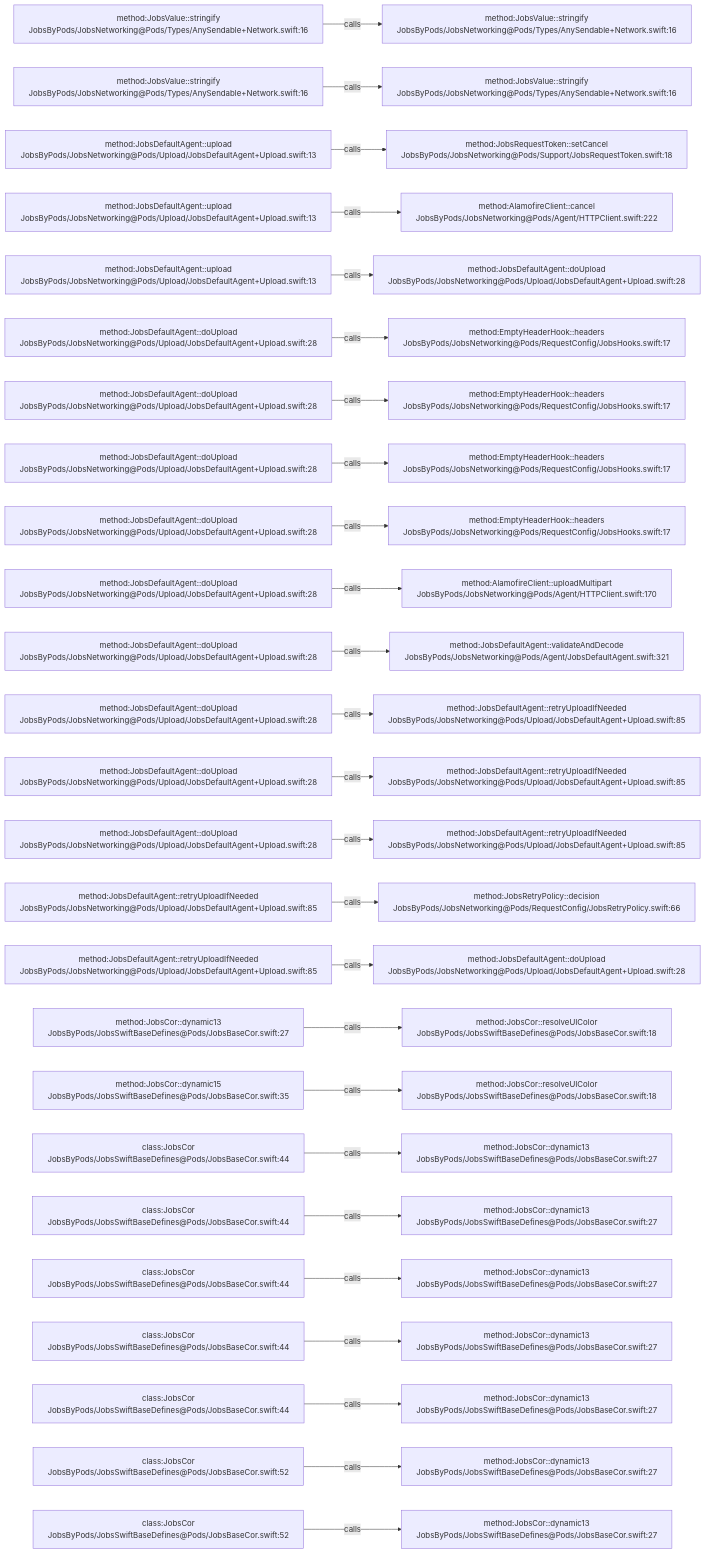
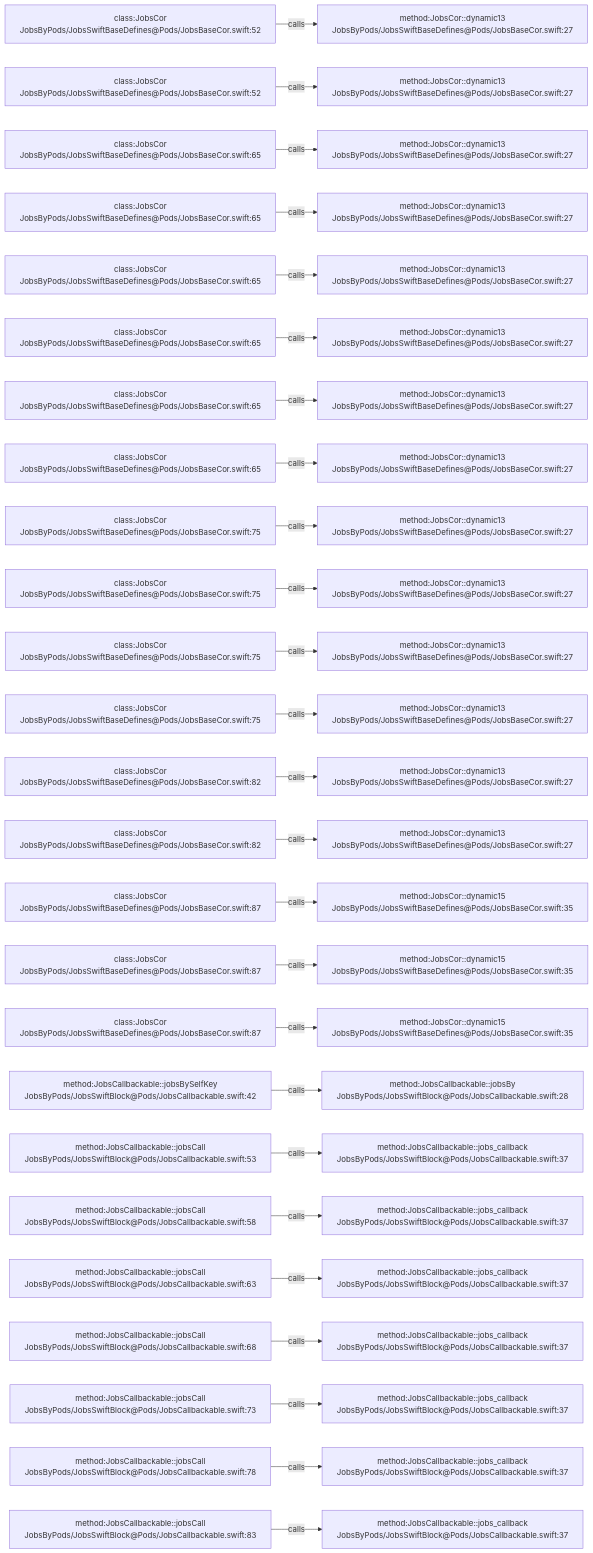
The diagram in .codegraph/codegraph.md/graphs/calls-012.md (JobsKits/JobsSwiftBaseConfigDemo), drawn with Mermaid before and after one commit. The commit also changed 2959 other files, not shown here.

````diff
--- a/.codegraph/codegraph.md/graphs/calls-012.md
+++ b/.codegraph/codegraph.md/graphs/calls-012.md
@@ -13,78 +13,78 @@
 ```mermaid
 flowchart LR
-  S1["method:JobsValue::stringify<br/>JobsByPods/JobsNetworking@Pods/Types/AnySendable+Network.swift:16"]
-  T1["method:JobsValue::stringify<br/>JobsByPods/JobsNetworking@Pods/Types/AnySendable+Network.swift:16"]
+  S1["class:JobsCor<br/>JobsByPods/JobsSwiftBaseDefines@Pods/JobsBaseCor.swift:52"]
+  T1["method:JobsCor::dynamic13<br/>JobsByPods/JobsSwiftBaseDefines@Pods/JobsBaseCor.swift:27"]
   S1 -->|calls| T1
-  S2["method:JobsValue::stringify<br/>JobsByPods/JobsNetworking@Pods/Types/AnySendable+Network.swift:16"]
-  T2["method:JobsValue::stringify<br/>JobsByPods/JobsNetworking@Pods/Types/AnySendable+Network.swift:16"]
+  S2["class:JobsCor<br/>JobsByPods/JobsSwiftBaseDefines@Pods/JobsBaseCor.swift:52"]
+  T2["method:JobsCor::dynamic13<br/>JobsByPods/JobsSwiftBaseDefines@Pods/JobsBaseCor.swift:27"]
   S2 -->|calls| T2
-  S3["method:JobsDefaultAgent::upload<br/>JobsByPods/JobsNetworking@Pods/Upload/JobsDefaultAgent+Upload.swift:13"]
-  T3["method:JobsRequestToken::setCancel<br/>JobsByPods/JobsNetworking@Pods/Support/JobsRequestToken.swift:18"]
+  S3["class:JobsCor<br/>JobsByPods/JobsSwiftBaseDefines@Pods/JobsBaseCor.swift:65"]
+  T3["method:JobsCor::dynamic13<br/>JobsByPods/JobsSwiftBaseDefines@Pods/JobsBaseCor.swift:27"]
   S3 -->|calls| T3
-  S4["method:JobsDefaultAgent::upload<br/>JobsByPods/JobsNetworking@Pods/Upload/JobsDefaultAgent+Upload.swift:13"]
-  T4["method:AlamofireClient::cancel<br/>JobsByPods/JobsNetworking@Pods/Agent/HTTPClient.swift:222"]
+  S4["class:JobsCor<br/>JobsByPods/JobsSwiftBaseDefines@Pods/JobsBaseCor.swift:65"]
+  T4["method:JobsCor::dynamic13<br/>JobsByPods/JobsSwiftBaseDefines@Pods/JobsBaseCor.swift:27"]
   S4 -->|calls| T4
-  S5["method:JobsDefaultAgent::upload<br/>JobsByPods/JobsNetworking@Pods/Upload/JobsDefaultAgent+Upload.swift:13"]
-  T5["method:JobsDefaultAgent::doUpload<br/>JobsByPods/JobsNetworking@Pods/Upload/JobsDefaultAgent+Upload.swift:28"]
+  S5["class:JobsCor<br/>JobsByPods/JobsSwiftBaseDefines@Pods/JobsBaseCor.swift:65"]
+  T5["method:JobsCor::dynamic13<br/>JobsByPods/JobsSwiftBaseDefines@Pods/JobsBaseCor.swift:27"]
   S5 -->|calls| T5
-  S6["method:JobsDefaultAgent::doUpload<br/>JobsByPods/JobsNetworking@Pods/Upload/JobsDefaultAgent+Upload.swift:28"]
-  T6["method:EmptyHeaderHook::headers<br/>JobsByPods/JobsNetworking@Pods/RequestConfig/JobsHooks.swift:17"]
+  S6["class:JobsCor<br/>JobsByPods/JobsSwiftBaseDefines@Pods/JobsBaseCor.swift:65"]
+  T6["method:JobsCor::dynamic13<br/>JobsByPods/JobsSwiftBaseDefines@Pods/JobsBaseCor.swift:27"]
   S6 -->|calls| T6
-  S7["method:JobsDefaultAgent::doUpload<br/>JobsByPods/JobsNetworking@Pods/Upload/JobsDefaultAgent+Upload.swift:28"]
-  T7["method:EmptyHeaderHook::headers<br/>JobsByPods/JobsNetworking@Pods/RequestConfig/JobsHooks.swift:17"]
+  S7["class:JobsCor<br/>JobsByPods/JobsSwiftBaseDefines@Pods/JobsBaseCor.swift:65"]
+  T7["method:JobsCor::dynamic13<br/>JobsByPods/JobsSwiftBaseDefines@Pods/JobsBaseCor.swift:27"]
   S7 -->|calls| T7
-  S8["method:JobsDefaultAgent::doUpload<br/>JobsByPods/JobsNetworking@Pods/Upload/JobsDefaultAgent+Upload.swift:28"]
-  T8["method:EmptyHeaderHook::headers<br/>JobsByPods/JobsNetworking@Pods/RequestConfig/JobsHooks.swift:17"]
+  S8["class:JobsCor<br/>JobsByPods/JobsSwiftBaseDefines@Pods/JobsBaseCor.swift:65"]
+  T8["method:JobsCor::dynamic13<br/>JobsByPods/JobsSwiftBaseDefines@Pods/JobsBaseCor.swift:27"]
   S8 -->|calls| T8
-  S9["method:JobsDefaultAgent::doUpload<br/>JobsByPods/JobsNetworking@Pods/Upload/JobsDefaultAgent+Upload.swift:28"]
-  T9["method:EmptyHeaderHook::headers<br/>JobsByPods/JobsNetworking@Pods/RequestConfig/JobsHooks.swift:17"]
+  S9["class:JobsCor<br/>JobsByPods/JobsSwiftBaseDefines@Pods/JobsBaseCor.swift:75"]
+  T9["method:JobsCor::dynamic13<br/>JobsByPods/JobsSwiftBaseDefines@Pods/JobsBaseCor.swift:27"]
   S9 -->|calls| T9
-  S10["method:JobsDefaultAgent::doUpload<br/>JobsByPods/JobsNetworking@Pods/Upload/JobsDefaultAgent+Upload.swift:28"]
-  T10["method:AlamofireClient::uploadMultipart<br/>JobsByPods/JobsNetworking@Pods/Agent/HTTPClient.swift:170"]
+  S10["class:JobsCor<br/>JobsByPods/JobsSwiftBaseDefines@Pods/JobsBaseCor.swift:75"]
+  T10["method:JobsCor::dynamic13<br/>JobsByPods/JobsSwiftBaseDefines@Pods/JobsBaseCor.swift:27"]
   S10 -->|calls| T10
-  S11["method:JobsDefaultAgent::doUpload<br/>JobsByPods/JobsNetworking@Pods/Upload/JobsDefaultAgent+Upload.swift:28"]
-  T11["method:JobsDefaultAgent::validateAndDecode<br/>JobsByPods/JobsNetworking@Pods/Agent/JobsDefaultAgent.swift:321"]
+  S11["class:JobsCor<br/>JobsByPods/JobsSwiftBaseDefines@Pods/JobsBaseCor.swift:75"]
+  T11["method:JobsCor::dynamic13<br/>JobsByPods/JobsSwiftBaseDefines@Pods/JobsBaseCor.swift:27"]
   S11 -->|calls| T11
-  S12["method:JobsDefaultAgent::doUpload<br/>JobsByPods/JobsNetworking@Pods/Upload/JobsDefaultAgent+Upload.swift:28"]
-  T12["method:JobsDefaultAgent::retryUploadIfNeeded<br/>JobsByPods/JobsNetworking@Pods/Upload/JobsDefaultAgent+Upload.swift:85"]
+  S12["class:JobsCor<br/>JobsByPods/JobsSwiftBaseDefines@Pods/JobsBaseCor.swift:75"]
+  T12["method:JobsCor::dynamic13<br/>JobsByPods/JobsSwiftBaseDefines@Pods/JobsBaseCor.swift:27"]
   S12 -->|calls| T12
-  S13["method:JobsDefaultAgent::doUpload<br/>JobsByPods/JobsNetworking@Pods/Upload/JobsDefaultAgent+Upload.swift:28"]
-  T13["method:JobsDefaultAgent::retryUploadIfNeeded<br/>JobsByPods/JobsNetworking@Pods/Upload/JobsDefaultAgent+Upload.swift:85"]
+  S13["class:JobsCor<br/>JobsByPods/JobsSwiftBaseDefines@Pods/JobsBaseCor.swift:82"]
+  T13["method:JobsCor::dynamic13<br/>JobsByPods/JobsSwiftBaseDefines@Pods/JobsBaseCor.swift:27"]
   S13 -->|calls| T13
-  S14["method:JobsDefaultAgent::doUpload<br/>JobsByPods/JobsNetworking@Pods/Upload/JobsDefaultAgent+Upload.swift:28"]
-  T14["method:JobsDefaultAgent::retryUploadIfNeeded<br/>JobsByPods/JobsNetworking@Pods/Upload/JobsDefaultAgent+Upload.swift:85"]
+  S14["class:JobsCor<br/>JobsByPods/JobsSwiftBaseDefines@Pods/JobsBaseCor.swift:82"]
+  T14["method:JobsCor::dynamic13<br/>JobsByPods/JobsSwiftBaseDefines@Pods/JobsBaseCor.swift:27"]
   S14 -->|calls| T14
-  S15["method:JobsDefaultAgent::retryUploadIfNeeded<br/>JobsByPods/JobsNetworking@Pods/Upload/JobsDefaultAgent+Upload.swift:85"]
-  T15["method:JobsRetryPolicy::decision<br/>JobsByPods/JobsNetworking@Pods/RequestConfig/JobsRetryPolicy.swift:66"]
+  S15["class:JobsCor<br/>JobsByPods/JobsSwiftBaseDefines@Pods/JobsBaseCor.swift:87"]
+  T15["method:JobsCor::dynamic15<br/>JobsByPods/JobsSwiftBaseDefines@Pods/JobsBaseCor.swift:35"]
   S15 -->|calls| T15
-  S16["method:JobsDefaultAgent::retryUploadIfNeeded<br/>JobsByPods/JobsNetworking@Pods/Upload/JobsDefaultAgent+Upload.swift:85"]
-  T16["method:JobsDefaultAgent::doUpload<br/>JobsByPods/JobsNetworking@Pods/Upload/JobsDefaultAgent+Upload.swift:28"]
+  S16["class:JobsCor<br/>JobsByPods/JobsSwiftBaseDefines@Pods/JobsBaseCor.swift:87"]
+  T16["method:JobsCor::dynamic15<br/>JobsByPods/JobsSwiftBaseDefines@Pods/JobsBaseCor.swift:35"]
   S16 -->|calls| T16
-  S17["method:JobsCor::dynamic13<br/>JobsByPods/JobsSwiftBaseDefines@Pods/JobsBaseCor.swift:27"]
-  T17["method:JobsCor::resolveUIColor<br/>JobsByPods/JobsSwiftBaseDefines@Pods/JobsBaseCor.swift:18"]
+  S17["class:JobsCor<br/>JobsByPods/JobsSwiftBaseDefines@Pods/JobsBaseCor.swift:87"]
+  T17["method:JobsCor::dynamic15<br/>JobsByPods/JobsSwiftBaseDefines@Pods/JobsBaseCor.swift:35"]
   S17 -->|calls| T17
-  S18["method:JobsCor::dynamic15<br/>JobsByPods/JobsSwiftBaseDefines@Pods/JobsBaseCor.swift:35"]
-  T18["method:JobsCor::resolveUIColor<br/>JobsByPods/JobsSwiftBaseDefines@Pods/JobsBaseCor.swift:18"]
+  S18["method:JobsCallbackable::jobsBySelfKey<br/>JobsByPods/JobsSwiftBlock@Pods/JobsCallbackable.swift:42"]
+  T18["method:JobsCallbackable::jobsBy<br/>JobsByPods/JobsSwiftBlock@Pods/JobsCallbackable.swift:28"]
   S18 -->|calls| T18
-  S19["class:JobsCor<br/>JobsByPods/JobsSwiftBaseDefines@Pods/JobsBaseCor.swift:44"]
-  T19["method:JobsCor::dynamic13<br/>JobsByPods/JobsSwiftBaseDefines@Pods/JobsBaseCor.swift:27"]
+  S19["method:JobsCallbackable::jobsCall<br/>JobsByPods/JobsSwiftBlock@Pods/JobsCallbackable.swift:53"]
+  T19["method:JobsCallbackable::jobs_callback<br/>JobsByPods/JobsSwiftBlock@Pods/JobsCallbackable.swift:37"]
   S19 -->|calls| T19
-  S20["class:JobsCor<br/>JobsByPods/JobsSwiftBaseDefines@Pods/JobsBaseCor.swift:44"]
-  T20["method:JobsCor::dynamic13<br/>JobsByPods/JobsSwiftBaseDefines@Pods/JobsBaseCor.swift:27"]
+  S20["method:JobsCallbackable::jobsCall<br/>JobsByPods/JobsSwiftBlock@Pods/JobsCallbackable.swift:58"]
+  T20["method:JobsCallbackable::jobs_callback<br/>JobsByPods/JobsSwiftBlock@Pods/JobsCallbackable.swift:37"]
   S20 -->|calls| T20
-  S21["class:JobsCor<br/>JobsByPods/JobsSwiftBaseDefines@Pods/JobsBaseCor.swift:44"]
-  T21["method:JobsCor::dynamic13<br/>JobsByPods/JobsSwiftBaseDefines@Pods/JobsBaseCor.swift:27"]
+  S21["method:JobsCallbackable::jobsCall<br/>JobsByPods/JobsSwiftBlock@Pods/JobsCallbackable.swift:63"]
+  T21["method:JobsCallbackable::jobs_callback<br/>JobsByPods/JobsSwiftBlock@Pods/JobsCallbackable.swift:37"]
   S21 -->|calls| T21
-  S22["class:JobsCor<br/>JobsByPods/JobsSwiftBaseDefines@Pods/JobsBaseCor.swift:44"]
-  T22["method:JobsCor::dynamic13<br/>JobsByPods/JobsSwiftBaseDefines@Pods/JobsBaseCor.swift:27"]
+  S22["method:JobsCallbackable::jobsCall<br/>JobsByPods/JobsSwiftBlock@Pods/JobsCallbackable.swift:68"]
+  T22["method:JobsCallbackable::jobs_callback<br/>JobsByPods/JobsSwiftBlock@Pods/JobsCallbackable.swift:37"]
   S22 -->|calls| T22
-  S23["class:JobsCor<br/>JobsByPods/JobsSwiftBaseDefines@Pods/JobsBaseCor.swift:44"]
-  T23["method:JobsCor::dynamic13<br/>JobsByPods/JobsSwiftBaseDefines@Pods/JobsBaseCor.swift:27"]
+  S23["method:JobsCallbackable::jobsCall<br/>JobsByPods/JobsSwiftBlock@Pods/JobsCallbackable.swift:73"]
+  T23["method:JobsCallbackable::jobs_callback<br/>JobsByPods/JobsSwiftBlock@Pods/JobsCallbackable.swift:37"]
   S23 -->|calls| T23
-  S24["class:JobsCor<br/>JobsByPods/JobsSwiftBaseDefines@Pods/JobsBaseCor.swift:52"]
-  T24["method:JobsCor::dynamic13<br/>JobsByPods/JobsSwiftBaseDefines@Pods/JobsBaseCor.swift:27"]
+  S24["method:JobsCallbackable::jobsCall<br/>JobsByPods/JobsSwiftBlock@Pods/JobsCallbackable.swift:78"]
+  T24["method:JobsCallbackable::jobs_callback<br/>JobsByPods/JobsSwiftBlock@Pods/JobsCallbackable.swift:37"]
   S24 -->|calls| T24
-  S25["class:JobsCor<br/>JobsByPods/JobsSwiftBaseDefines@Pods/JobsBaseCor.swift:52"]
-  T25["method:JobsCor::dynamic13<br/>JobsByPods/JobsSwiftBaseDefines@Pods/JobsBaseCor.swift:27"]
+  S25["method:JobsCallbackable::jobsCall<br/>JobsByPods/JobsSwiftBlock@Pods/JobsCallbackable.swift:83"]
+  T25["method:JobsCallbackable::jobs_callback<br/>JobsByPods/JobsSwiftBlock@Pods/JobsCallbackable.swift:37"]
   S25 -->|calls| T25
 ```
````
